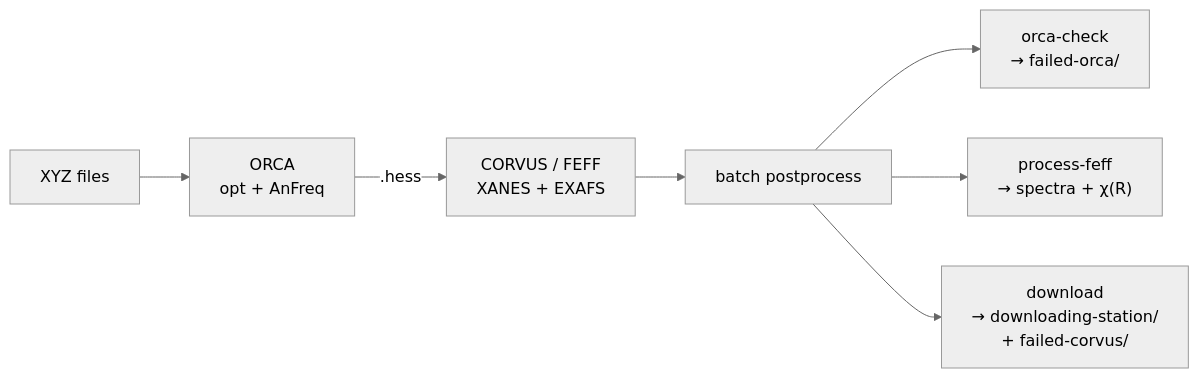
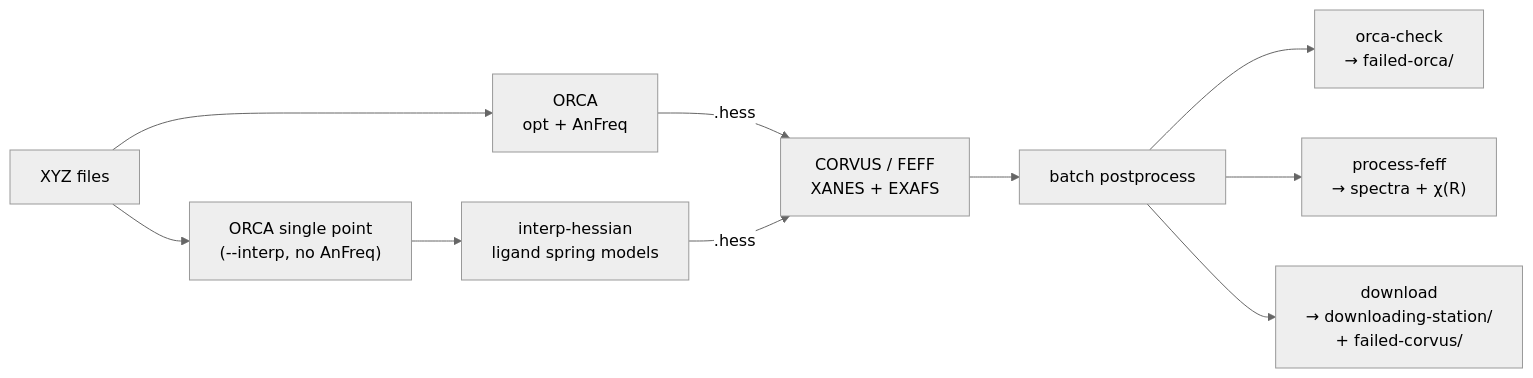
Before and after one commit to stetef/xas-pipeline: the diagram in README.md, drawn with Mermaid (neutral theme). The commit also changed other lines of this file and 39 other files, not shown here.

````diff
--- a/README.md
+++ b/README.md
@@ -23,9 +23,12 @@
 ```mermaid
 flowchart LR
     XYZ["XYZ files"] --> ORCA["ORCA<br/>opt + AnFreq"]
+    XYZ --> INTERP["ORCA single point<br/>(--interp, no AnFreq)"]
     ORCA -->|".hess"| CORVUS["CORVUS / FEFF<br/>XANES + EXAFS"]
+    INTERP --> SPRING["interp-hessian<br/>ligand spring models"]
+    SPRING -->|".hess"| CORVUS
     CORVUS --> POST["batch postprocess"]
     POST --> A["orca-check<br/>→ failed-orca/"]
     POST --> B["process-feff<br/>→ spectra + χ(R)"]
     POST --> C["download<br/>→ downloading-station/<br/>+ failed-corvus/"]
 ```
````
